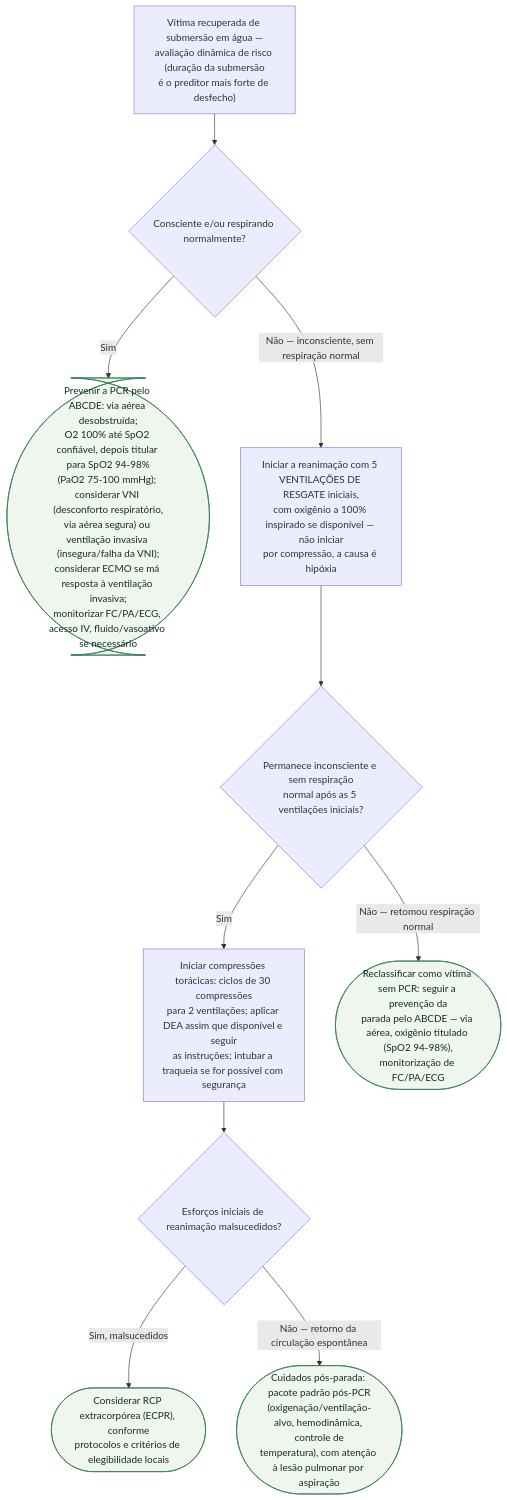
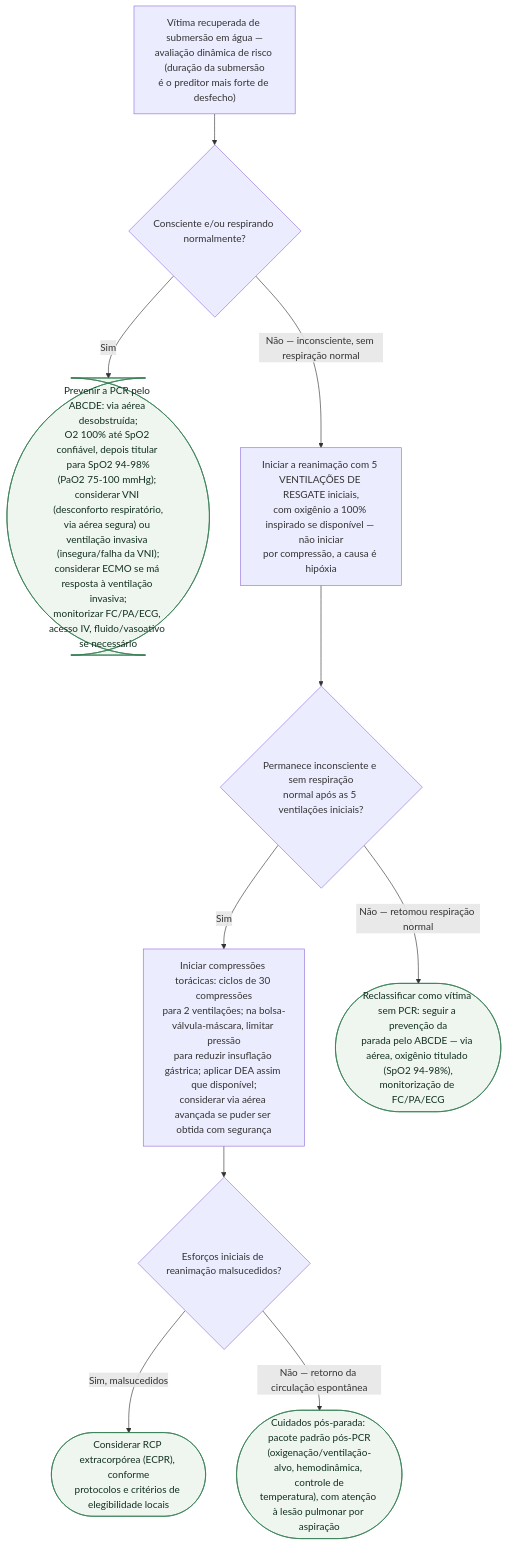
The diagram in content/Terapia_intensiva/fluxograma-afogamento-manejo-da-parada-cardiorrespiratoria.md (rafaelpaesmeirelles/MeuCardio), drawn with Mermaid before and after one commit. The commit also changed other lines of this file and 22 other files, not shown here.

````diff
--- a/content/Terapia_intensiva/fluxograma-afogamento-manejo-da-parada-cardiorrespiratoria.md
+++ b/content/Terapia_intensiva/fluxograma-afogamento-manejo-da-parada-cardiorrespiratoria.md
@@ -21,33 +22,33 @@
 ```mermaid
 flowchart TD
   R["Vítima recuperada de submersão em água —<br/>avaliação dinâmica de risco (duração da submersão<br/>é o preditor mais forte de desfecho)"]
   R --> D1
 
   D1{"Consciente e/ou respirando normalmente?"}
   D1 -->|"Sim"| C1
   D1 -->|"Não — inconsciente, sem respiração normal"| M1
 
   C1(["Prevenir a PCR pelo ABCDE: via aérea desobstruída;<br/>O2 100% até SpO2 confiável, depois titular para SpO2 94-98%<br/>(PaO2 75-100 mmHg); considerar VNI (desconforto respiratório,<br/>via aérea segura) ou ventilação invasiva (insegura/falha da VNI);<br/>considerar ECMO se má resposta à ventilação invasiva;<br/>monitorizar FC/PA/ECG, acesso IV, fluido/vasoativo se necessário"])
 
   M1["Iniciar a reanimação com 5 VENTILAÇÕES DE RESGATE iniciais,<br/>com oxigênio a 100% inspirado se disponível — não iniciar<br/>por compressão, a causa é hipóxia"]
   M1 --> D2
 
   D2{"Permanece inconsciente e sem respiração<br/>normal após as 5 ventilações iniciais?"}
   D2 -->|"Sim"| M2
   D2 -->|"Não — retomou respiração normal"| C2
 
   C2(["Reclassificar como vítima sem PCR: seguir a prevenção da<br/>parada pelo ABCDE — via aérea, oxigênio titulado (SpO2 94-98%),<br/>monitorização de FC/PA/ECG"])
 
-  M2["Iniciar compressões torácicas: ciclos de 30 compressões<br/>para 2 ventilações; aplicar DEA assim que disponível e seguir<br/>as instruções; intubar a traqueia se for possível com segurança"]
+  M2["Iniciar compressões torácicas: ciclos de 30 compressões<br/>para 2 ventilações; na bolsa-válvula-máscara, limitar pressão<br/>para reduzir insuflação gástrica; aplicar DEA assim que disponível;<br/>considerar via aérea avançada se puder ser obtida com segurança"]
   M2 --> D3
 
   D3{"Esforços iniciais de reanimação malsucedidos?"}
   D3 -->|"Sim, malsucedidos"| C3
   D3 -->|"Não — retorno da circulação espontânea"| C4
 
   C3(["Considerar RCP extracorpórea (ECPR), conforme<br/>protocolos e critérios de elegibilidade locais"])
   C4(["Cuidados pós-parada: pacote padrão pós-PCR<br/>(oxigenação/ventilação-alvo, hemodinâmica, controle de<br/>temperatura), com atenção à lesão pulmonar por aspiração"])
 
   classDef conduta fill:#eef6ef,stroke:#2f7a4f,color:#12301f;
   class C1,C2,C3,C4 conduta;
 ```
````
